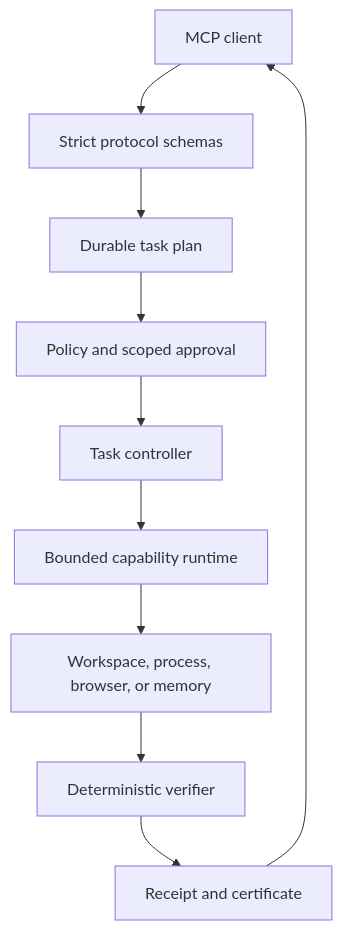
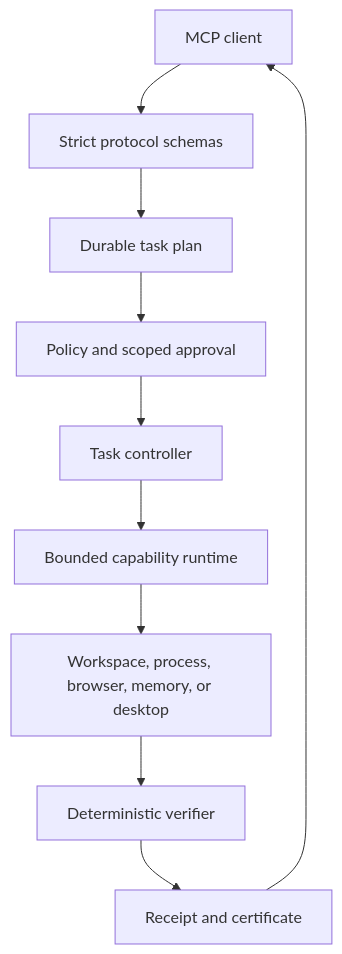
Before and after one commit to XAGI-Lab/atlas-mcp: the diagram in docs/ARCHITECTURE.md, drawn with Mermaid. The commit also changed other lines of this file and 58 other files, not shown here.

````diff
--- a/docs/ARCHITECTURE.md
+++ b/docs/ARCHITECTURE.md
@@ -5,12 +5,12 @@
 ```mermaid
 flowchart TB
     Client["MCP client"] --> Schema["Strict protocol schemas"]
     Schema --> Plan["Durable task plan"]
     Plan --> Policy["Policy and scoped approval"]
     Policy --> Controller["Task controller"]
     Controller --> Runtime["Bounded capability runtime"]
-    Runtime --> Target["Workspace, process, browser, or memory"]
+    Runtime --> Target["Workspace, process, browser, memory, or desktop"]
     Target --> Verifier["Deterministic verifier"]
     Verifier --> Evidence["Receipt and certificate"]
     Evidence --> Client
 ```
````
